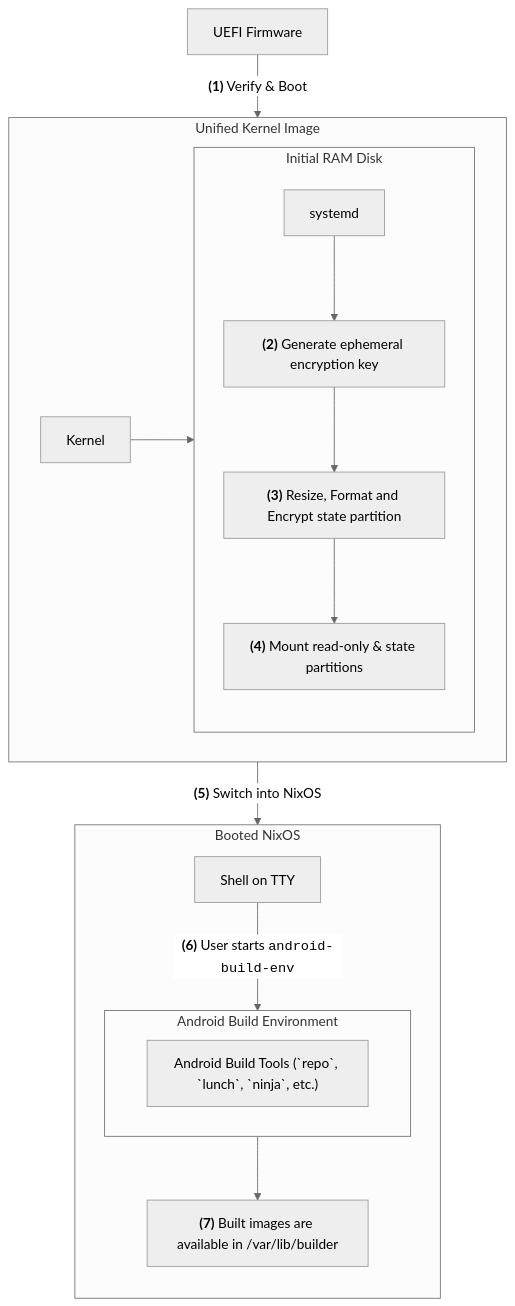
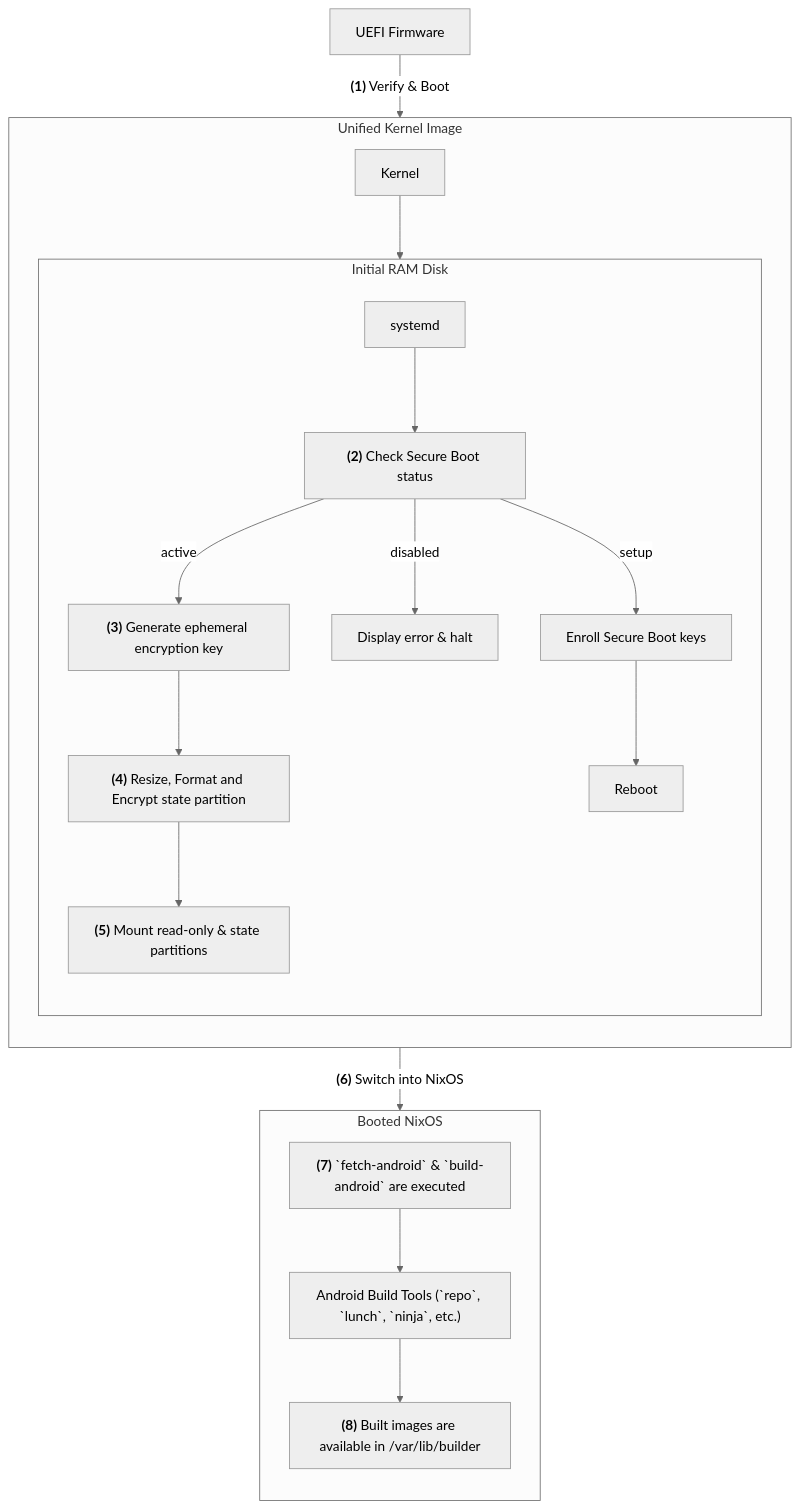
Before and after one commit to phaer/nixos-android-builder: the diagram in SPEC.md, drawn with Mermaid. The commit also changed other lines of this file and 1 other file, not shown here.

```diff
--- a/SPEC.md
+++ b/SPEC.md
@@ -60,34 +62,44 @@
 ~~~mermaid
 ---
 config:
   theme: 'neutral'
 ---
 flowchart TB
     uefi["UEFI Firmware"]
     kernel["Kernel"]
     systemd-initrd["systemd"]
-    generate-disk-key["<b>(2)</b> Generate ephemeral encryption key"]
-    systemd-repart["<b>(3)</b> Resize, Format and Encrypt state partition"]
-    mount["<b>(4)</b> Mount read-only & state partitions"]
-    shell["Shell on TTY"]
-    artifacts["<b>(7)</b> Built images are available in /var/lib/builder"]
+
+    check-secureboot["<b>(2)</b> Check Secure Boot status"]
+    enroll-secureboot["Enroll Secure Boot keys"]
+    reboot["Reboot"]
+    halt["Display error & halt"]
+
+    generate-disk-key["<b>(3)</b> Generate ephemeral encryption key"]
+    systemd-repart["<b>(4)</b> Resize, Format and Encrypt state partition"]
+    mount["<b>(5)</b> Mount read-only & state partitions"]
+    build-android["<b>(7)</b> `fetch-android` & `build-android` are executed"]
+    android-tools["Android Build Tools (`repo`, `lunch`, `ninja`, etc.)"]
+    artifacts["<b>(8)</b> Built images are available in /var/lib/builder"]
 
     uefi -- <b>(1)</b> Verify & Boot --> uki
     subgraph uki["Unified Kernel Image"]
+      direction TB
       kernel --> initrd
       subgraph initrd["Initial RAM Disk"]
-        systemd-initrd --> generate-disk-key
+        direction TB
+        systemd-initrd --> check-secureboot
+        check-secureboot -- setup --> enroll-secureboot
+        check-secureboot -- disabled --> halt
+        check-secureboot -- active --> generate-disk-key
         generate-disk-key --> systemd-repart
         systemd-repart --> mount
+        enroll-secureboot --> reboot
       end
     end
-    uki -- <b>(5)</b> Switch into NixOS --> nixos
+    uki -- <b>(6)</b> Switch into NixOS --> nixos
     subgraph nixos["Booted NixOS"]
       direction TB
-      shell -- <b>(6)</b> User starts <code>android-build-env</code> --> build-env
-      subgraph build-env["Android Build Environment"]
-        android-tools["Android Build Tools (`repo`, `lunch`, `ninja`, etc.)"]
-      end
-      build-env --> artifacts
+      build-android --> android-tools
+      android-tools --> artifacts
     end
 ~~~
```
